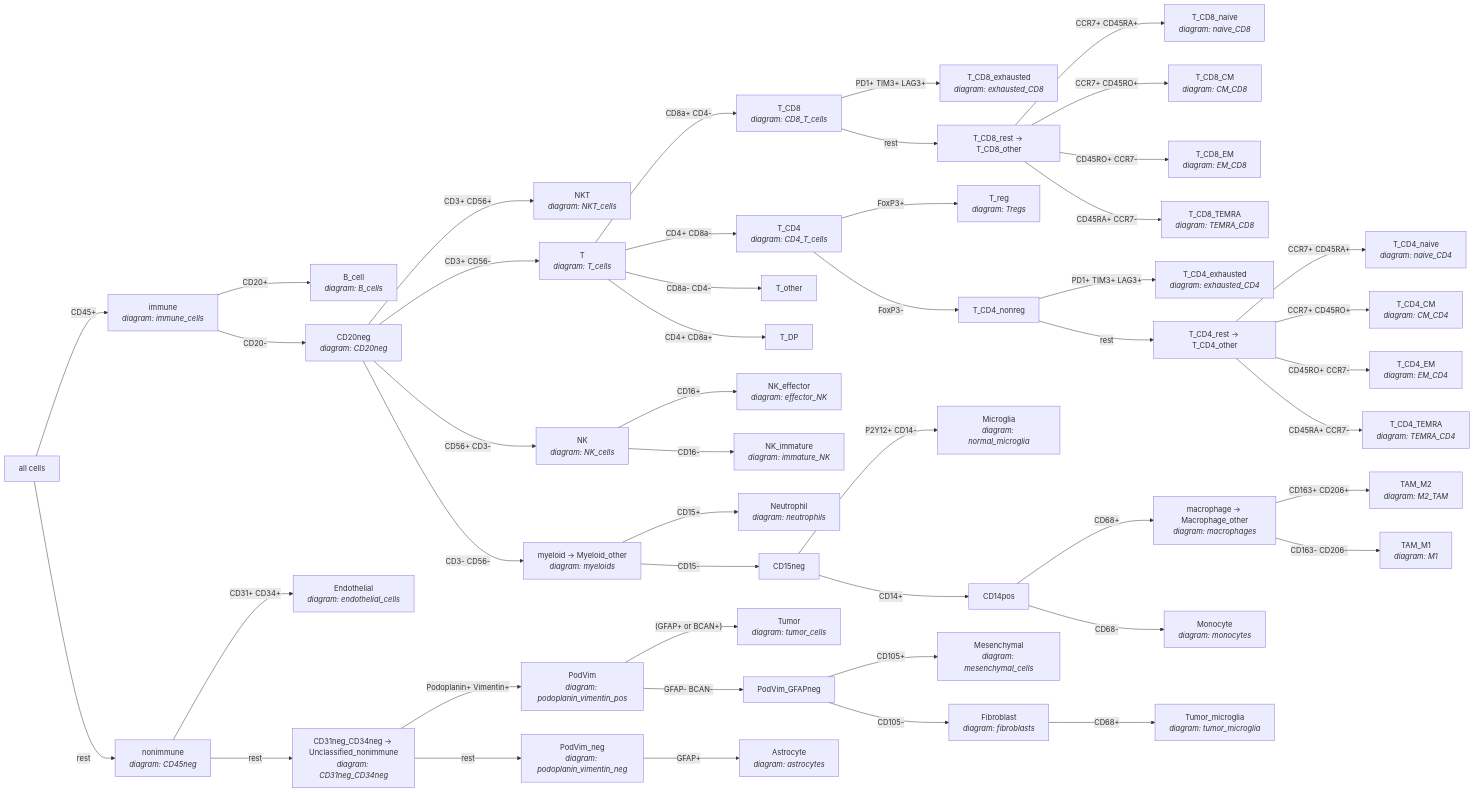
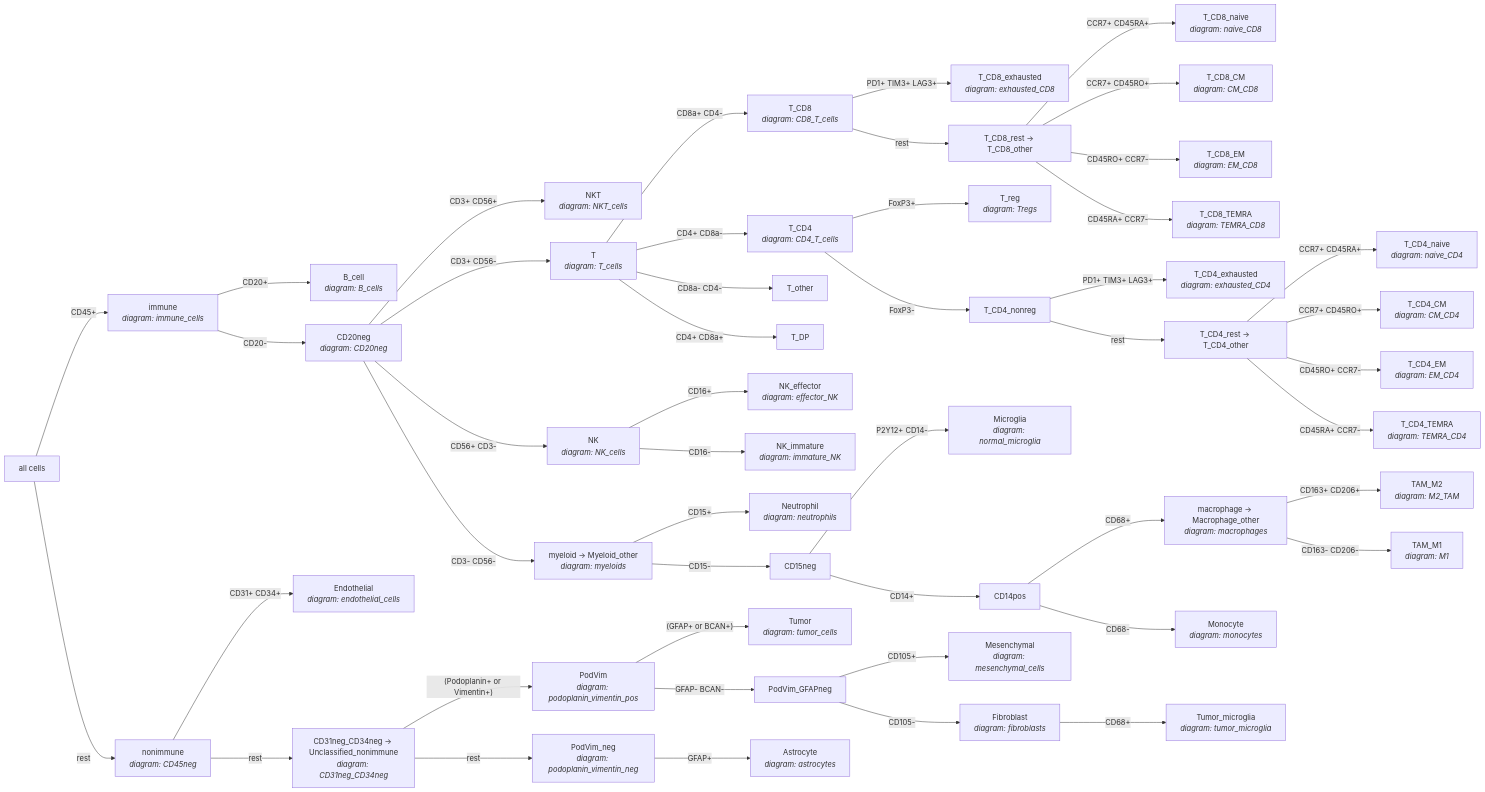
One commit to federicadannunzio1/MACSima-HGG changed the diagram in docs/gating_tree.md. Above: the diagram before and after it, drawn with Mermaid. The commit also changed other lines of this file and 5 other files, not shown here.

Commit message:
Gating: tumour gate podoplanin+ OR vimentin+ (owner, 26/11); exhaustion sensitivity table

```diff
--- a/docs/gating_tree.md
+++ b/docs/gating_tree.md
@@ -90,7 +90,7 @@
   root -->|"rest"| nonimmune
   nonimmune -->|"CD31+ CD34+"| Endothelial
   nonimmune -->|"rest"| CD31neg_CD34neg
-  CD31neg_CD34neg -->|"Podoplanin+ Vimentin+"| PodVim
+  CD31neg_CD34neg -->|"(Podoplanin+ or Vimentin+)"| PodVim
   PodVim -->|"(GFAP+ or BCAN+)"| Tumor
   PodVim -->|"GFAP- BCAN-"| PodVim_GFAPneg
   PodVim_GFAPneg -->|"CD105+"| Mesenchymal
```
